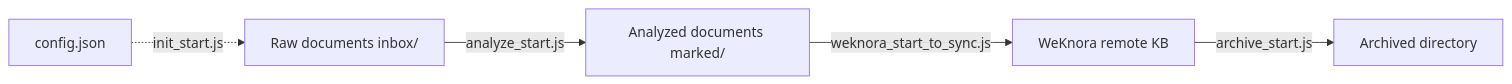
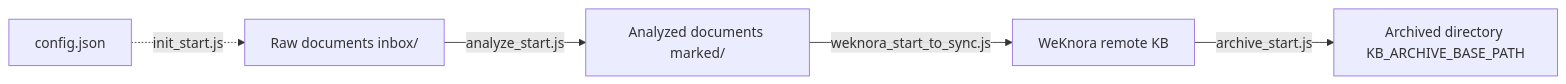
One commit to bruce1977/knot changed the diagram in README.md. Above: the diagram before and after it, drawn with Mermaid. The commit also changed other lines of this file and 8 other files, not shown here.

Commit message:
improve archive_start.js

````diff
--- a/README.md
+++ b/README.md
@@ -32,7 +34,7 @@
 ```mermaid
 graph LR
     inbox[Raw documents inbox/] -->|analyze_start.js| marked[Analyzed documents marked/]
     marked -->|weknora_start_to_sync.js| weknora[WeKnora remote KB]
-    weknora -->|archive_start.js| archived[Archived directory]
+    weknora -->|archive_start.js| archived[Archived directory KB_ARCHIVE_BASE_PATH]
     cfg[config.json] -.->|init_start.js| inbox
 ```
````
